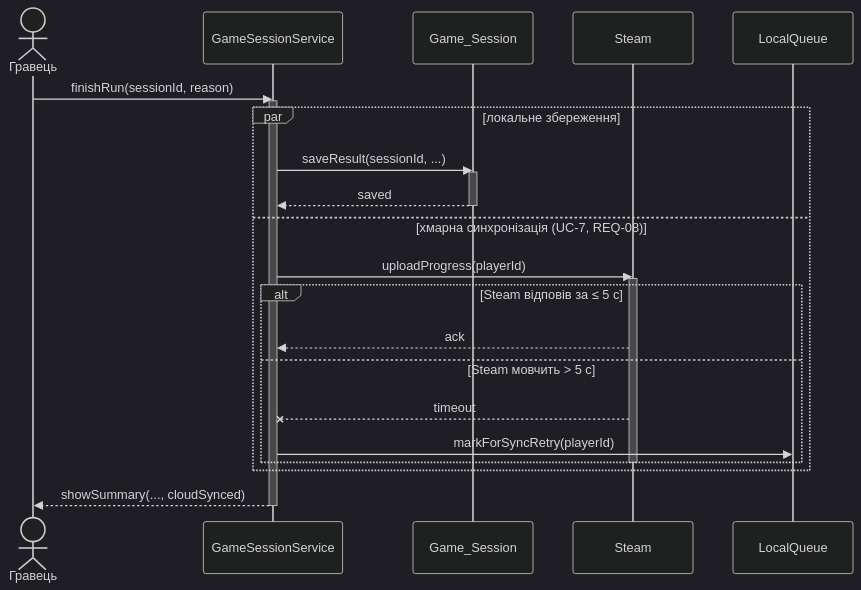
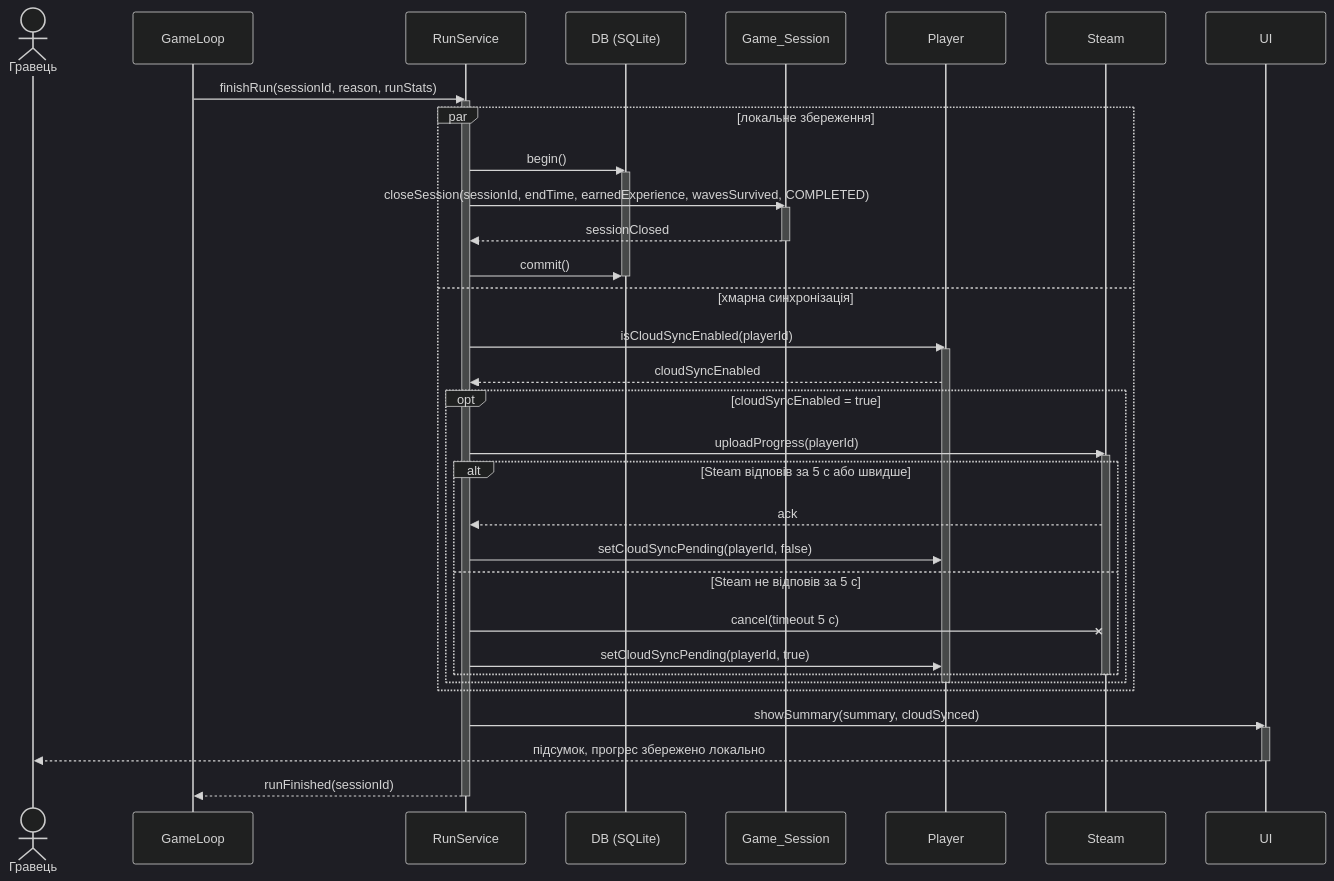
One commit to Sk1y-1/KPI-2 changed the diagram in Lab3/SC/SC-7 steam.md. Above: the diagram before and after it, drawn with Mermaid (dark theme).

Commit message:
Refactor sequence diagram for game session flow

````diff
--- a/Lab3/SC/SC-7 steam.md
+++ b/Lab3/SC/SC-7 steam.md
@@ -1,28 +1,46 @@
-```mermaid 
+```mermaid
 sequenceDiagram
     actor P as Гравець
-    participant GS as GameSessionService
+    participant GL as GameLoop
+    participant RS as RunService
+    participant DB as DB (SQLite)
     participant S as Game_Session
+    participant PL as Player
     participant ST as Steam
-    participant Q as LocalQueue
-    P->>GS: finishRun(sessionId, reason)
-    activate GS
+    participant UI as UI
+    GL->>RS: finishRun(sessionId, reason, runStats)
+    activate RS
     par локальне збереження
-        GS->>S: saveResult(sessionId, ...)
+        RS->>DB: begin()
+        activate DB
+        RS->>S: closeSession(sessionId, endTime, earnedExperience, wavesSurvived, COMPLETED)
         activate S
-        S-->>GS: saved
+        S-->>RS: sessionClosed
         deactivate S
-    and хмарна синхронізація (UC-7, REQ-08)
-        GS->>ST: uploadProgress(playerId)
-        activate ST
-        alt Steam відповів за ≤ 5 с
-            ST-->>GS: ack
-        else Steam мовчить > 5 с
-            ST--xGS: timeout
-            GS->>Q: markForSyncRetry(playerId)
+        RS->>DB: commit()
+        deactivate DB
+    and хмарна синхронізація
+        RS->>PL: isCloudSyncEnabled(playerId)
+        activate PL
+        PL-->>RS: cloudSyncEnabled
+        opt cloudSyncEnabled = true
+            RS->>ST: uploadProgress(playerId)
+            activate ST
+            alt Steam відповів за 5 с або швидше
+                ST-->>RS: ack
+                RS->>PL: setCloudSyncPending(playerId, false)
+            else Steam не відповів за 5 с
+                RS-xST: cancel(timeout 5 с)
+                RS->>PL: setCloudSyncPending(playerId, true)
+            end
+            deactivate ST
         end
-        deactivate ST
+        deactivate PL
     end
-    GS-->>P: showSummary(..., cloudSynced)
-    deactivate GS
+    RS->>UI: showSummary(summary, cloudSynced)
+    activate UI
+    UI-->>P: підсумок, прогрес збережено локально
+    deactivate UI
+    RS-->>GL: runFinished(sessionId)
+    deactivate RS
 ```
````
